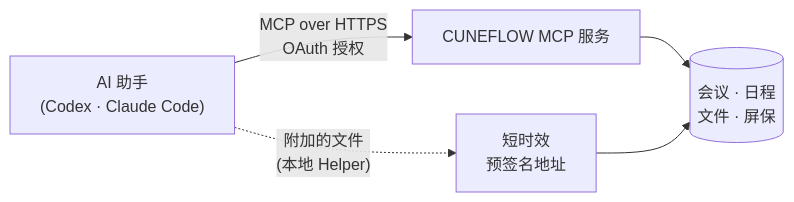
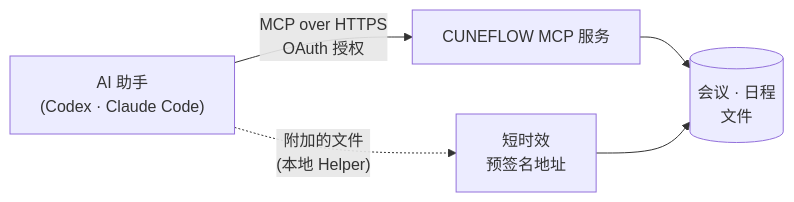
Before and after one commit to ZechenLiu001/cuneiform_codex_plugin: the diagram in README.zh-CN.md, drawn with Mermaid. The commit also changed other lines of this file and 18 other files, not shown here.

````diff
--- a/README.zh-CN.md
+++ b/README.zh-CN.md
@@ -103,7 +101,7 @@
 ```mermaid
 flowchart LR
     A["AI 助手<br/>(Codex · Claude Code)"] -- "MCP over HTTPS<br/>OAuth 授权" --> B["CUNEFLOW MCP 服务"]
-    B --> C[("会议 · 日程<br/>文件 · 屏保")]
+    B --> C[("会议 · 日程<br/>文件")]
     A -. "附加的文件<br/>(本地 Helper)" .-> D["短时效<br/>预签名地址"]
     D --> C
 ```
````
